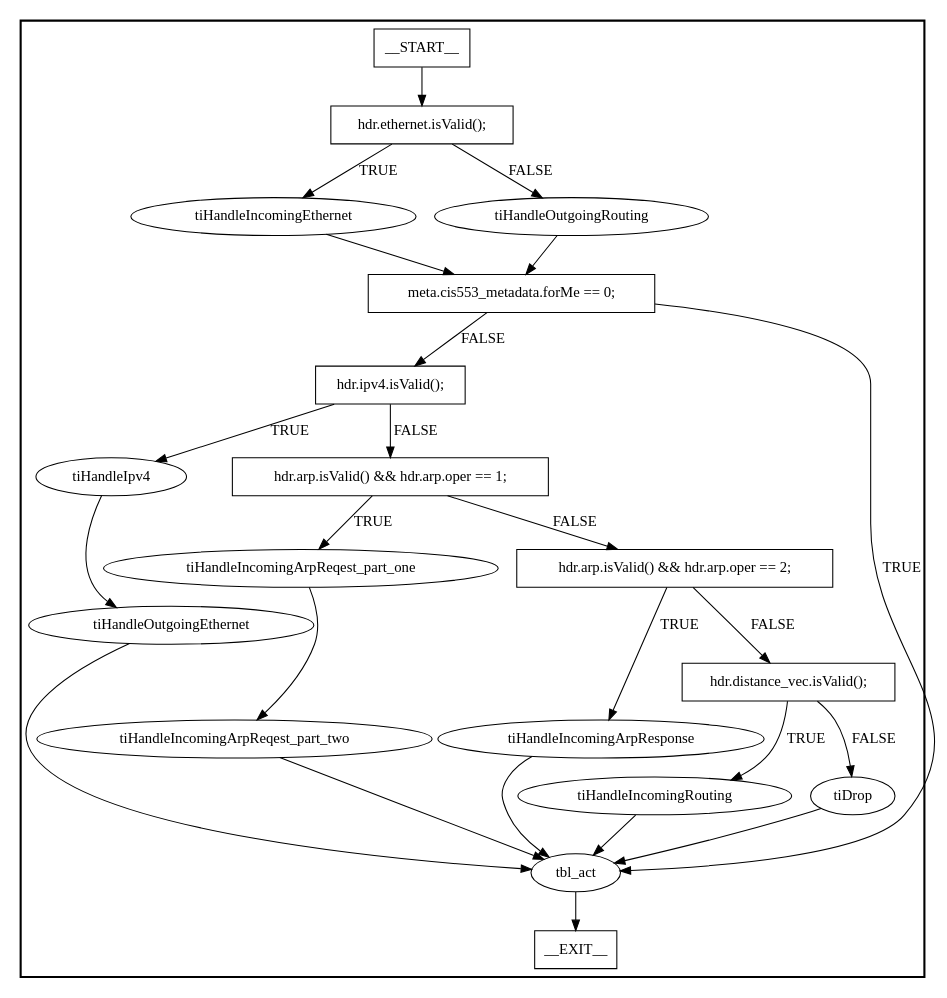
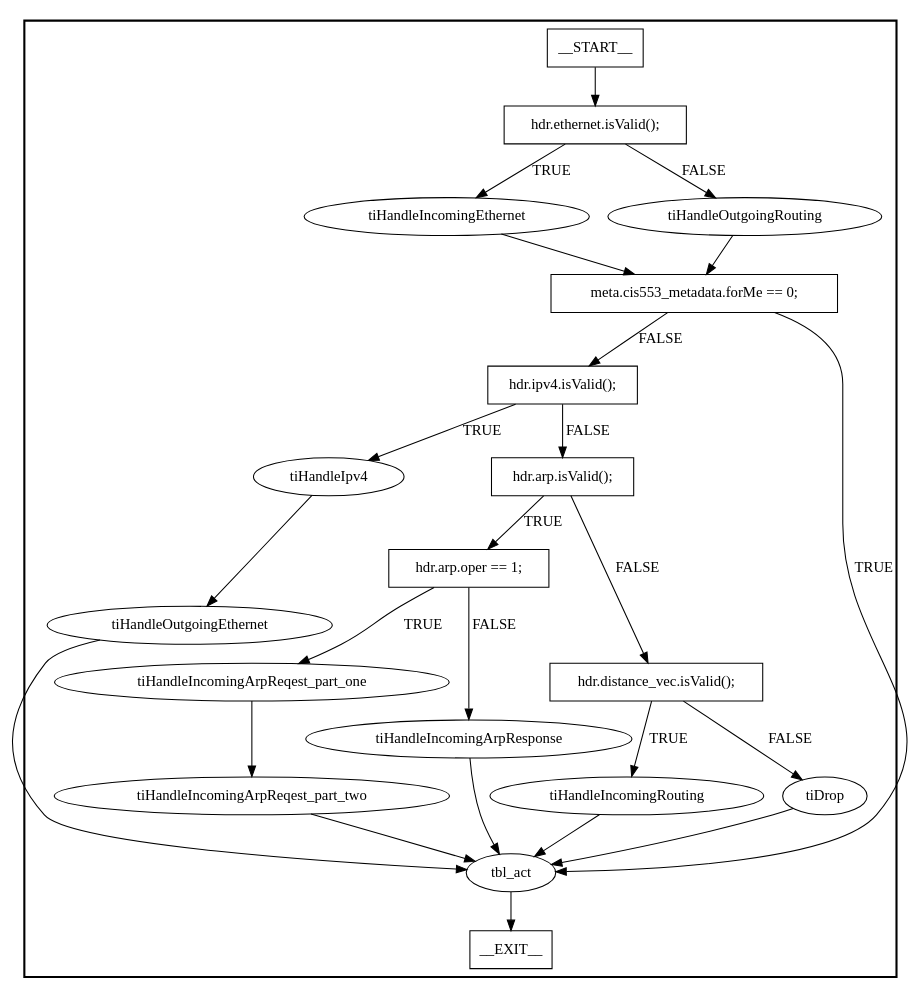
One commit to eniac/FP4 changed the diagram in instrumentation/mvbl/context_dot_cache/dv_router/ingress.dot. Above: the diagram before and after it, drawn with Graphviz. The commit also changed 19 other files, not shown here.

```diff
--- a/instrumentation/mvbl/context_dot_cache/dv_router/ingress.dot
+++ b/instrumentation/mvbl/context_dot_cache/dv_router/ingress.dot
@@ -1,47 +1,47 @@
 digraph ingress {
 subgraph cluster {
 graph [
 label="", labeljust=r, style=bold];
 0[label=__START__, margin="", shape=rectangle, style=solid];
 1[label=__EXIT__, margin="", shape=rectangle, style=solid];
 2[label="hdr.ethernet.isValid();", margin="", shape=rectangle, style=solid];
 3[label=tiHandleIncomingEthernet, margin="", shape=ellipse, style=solid];
 4[label=tiHandleOutgoingRouting, margin="", shape=ellipse, style=solid];
 5[label="meta.cis553_metadata.forMe == 0;", margin="", shape=rectangle, style=solid];
 6[label="hdr.ipv4.isValid();", margin="", shape=rectangle, style=solid];
 7[label=tiHandleIpv4, margin="", shape=ellipse, style=solid];
 8[label=tiHandleOutgoingEthernet, margin="", shape=ellipse, style=solid];
-9[label="hdr.arp.isValid() && hdr.arp.oper == 1;", margin="", shape=rectangle, style=solid];
-10[label=tiHandleIncomingArpReqest_part_one, margin="", shape=ellipse, style=solid];
-11[label=tiHandleIncomingArpReqest_part_two, margin="", shape=ellipse, style=solid];
-12[label="hdr.arp.isValid() && hdr.arp.oper == 2;", margin="", shape=rectangle, style=solid];
+9[label="hdr.arp.isValid();", margin="", shape=rectangle, style=solid];
+10[label="hdr.arp.oper == 1;", margin="", shape=rectangle, style=solid];
+11[label=tiHandleIncomingArpReqest_part_one, margin="", shape=ellipse, style=solid];
+12[label=tiHandleIncomingArpReqest_part_two, margin="", shape=ellipse, style=solid];
 13[label=tiHandleIncomingArpResponse, margin="", shape=ellipse, style=solid];
 14[label="hdr.distance_vec.isValid();", margin="", shape=rectangle, style=solid];
 15[label=tiHandleIncomingRouting, margin="", shape=ellipse, style=solid];
 16[label=tiDrop, margin="", shape=ellipse, style=solid];
 17[label=tbl_act, margin="", shape=ellipse, style=solid];
 0 -> 2[label=""];
 2 -> 3[label=TRUE];
 2 -> 4[label=FALSE];
 3 -> 5[label=""];
 4 -> 5[label=""];
 5 -> 6[label=FALSE];
 5 -> 17[label=TRUE];
 6 -> 7[label=TRUE];
 6 -> 9[label=FALSE];
 7 -> 8[label=""];
 8 -> 17[label=""];
 9 -> 10[label=TRUE];
-9 -> 12[label=FALSE];
-10 -> 11[label=""];
-11 -> 17[label=""];
-12 -> 13[label=TRUE];
-12 -> 14[label=FALSE];
+9 -> 14[label=FALSE];
+10 -> 11[label=TRUE];
+10 -> 13[label=FALSE];
+11 -> 12[label=""];
+12 -> 17[label=""];
 13 -> 17[label=""];
 14 -> 15[label=TRUE];
 14 -> 16[label=FALSE];
 15 -> 17[label=""];
 16 -> 17[label=""];
 17 -> 1[label=""];
 }
 }
```
